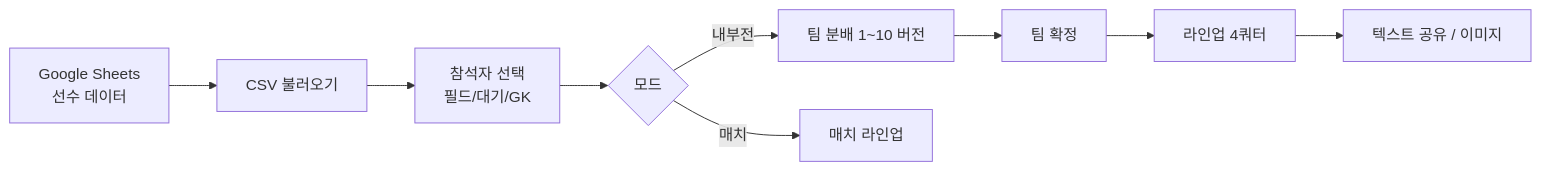
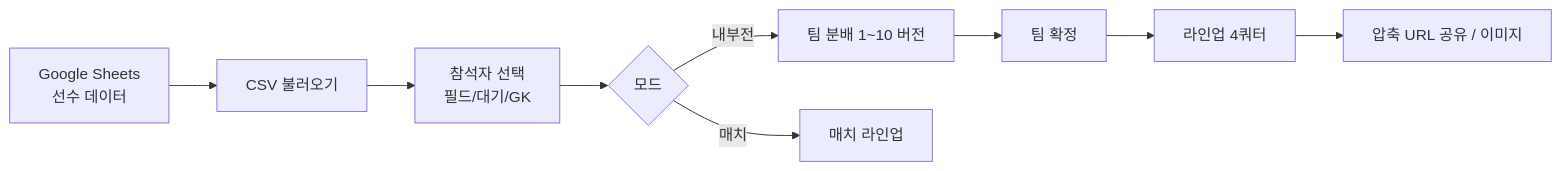
One commit to sungjoo-XCENA/dev-planner changed the first of 3 diagrams in README.md. Above: the diagram before and after it, drawn with Mermaid. The commit also changed other lines of this file and 4 other files, not shown here.

````diff
--- a/README.md
+++ b/README.md
@@ -5,11 +5,11 @@
 ```mermaid
 flowchart LR
   Sheet[Google Sheets<br/>선수 데이터] --> Load[CSV 불러오기]
   Load --> Pick[참석자 선택<br/>필드/대기/GK]
   Pick --> Mode{모드}
   Mode -->|내부전| Balance[팀 분배 1~10 버전]
   Mode -->|매치| Match[매치 라인업]
   Balance --> Confirm[팀 확정]
   Confirm --> Lineup[라인업 4쿼터]
-  Lineup --> Share[텍스트 공유 / 이미지]
+  Lineup --> Share[압축 URL 공유 / 이미지]
 ```
````
